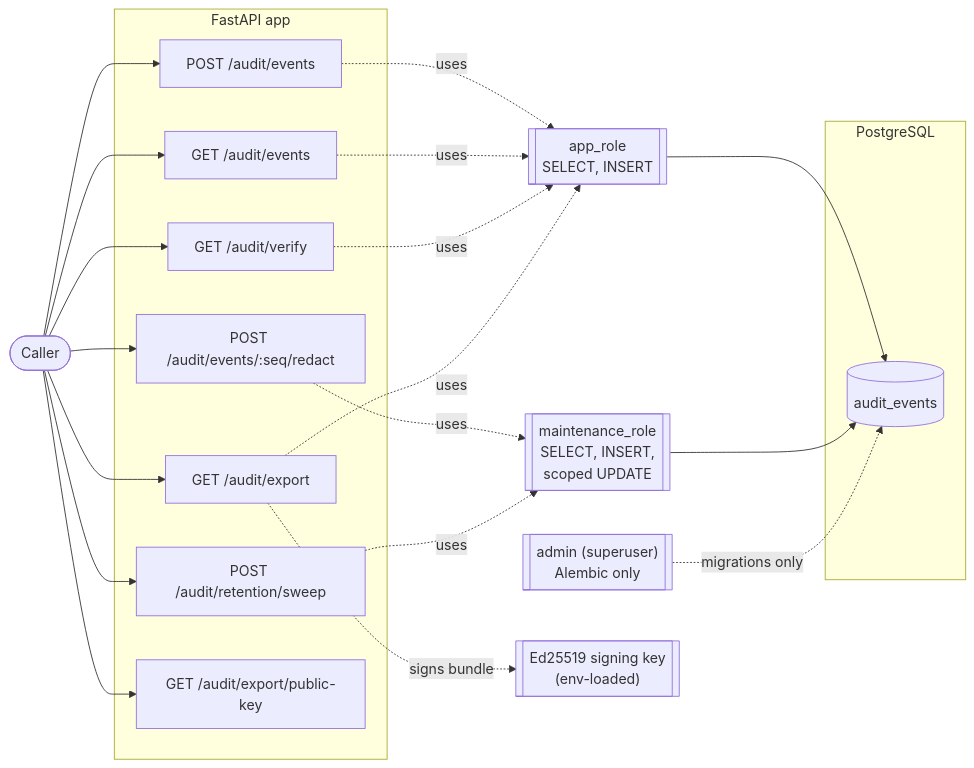
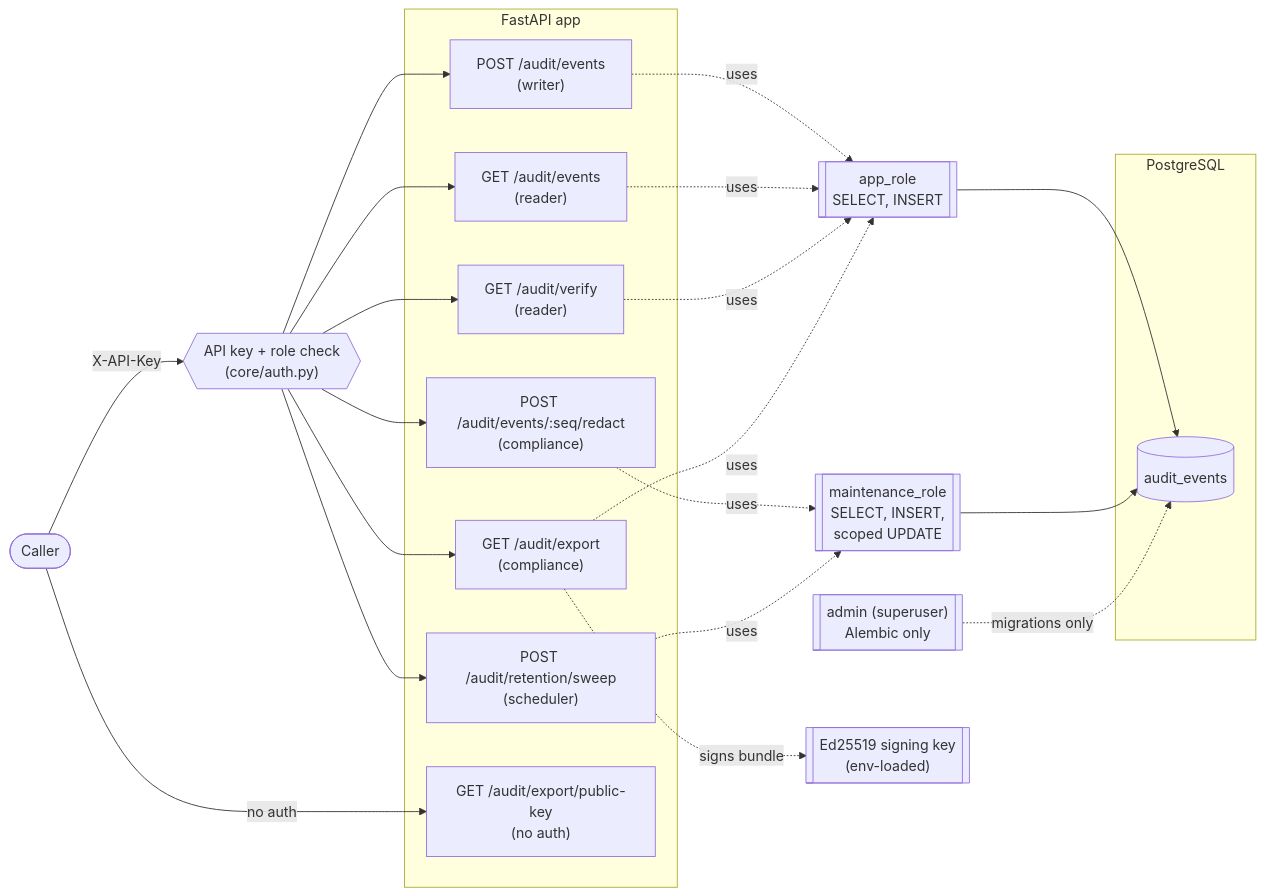
One commit to jekthewarrior/schwab-audit-log-service changed the diagram in docs/ARCHITECTURE.md. Above: the diagram before and after it, drawn with Mermaid. The commit also changed other lines of this file and 21 other files, not shown here.

````diff
--- a/docs/ARCHITECTURE.md
+++ b/docs/ARCHITECTURE.md
@@ -19,33 +19,37 @@
 ```mermaid
 flowchart LR
     Client([Caller])
 
+    AuthGate{{"API key + role check\n(core/auth.py)"}}
+    Client -- X-API-Key --> AuthGate
+
     subgraph App[FastAPI app]
-        Write["POST /audit/events"]
-        Query["GET /audit/events"]
-        Verify["GET /audit/verify"]
-        Redact["POST /audit/events/:seq/redact"]
-        Sweep["POST /audit/retention/sweep"]
-        Export["GET /audit/export"]
-        PubKey["GET /audit/export/public-key"]
+        Write["POST /audit/events\n(writer)"]
+        Query["GET /audit/events\n(reader)"]
+        Verify["GET /audit/verify\n(reader)"]
+        Redact["POST /audit/events/:seq/redact\n(compliance)"]
+        Sweep["POST /audit/retention/sweep\n(scheduler)"]
+        Export["GET /audit/export\n(compliance)"]
+        PubKey["GET /audit/export/public-key\n(no auth)"]
     end
 
-    Client --> Write & Query & Verify & Redact & Sweep & Export & PubKey
+    AuthGate --> Write & Query & Verify & Redact & Sweep & Export
+    Client -- no auth --> PubKey
 
     subgraph DB[PostgreSQL]
         Table[(audit_events)]
     end
 
     AppRole[["app_role\nSELECT, INSERT"]]
     MaintRole[["maintenance_role\nSELECT, INSERT,\nscoped UPDATE"]]
     AdminRole[["admin (superuser)\nAlembic only"]]
 
     Write & Query & Verify & Export -. uses .-> AppRole
     Redact & Sweep -. uses .-> MaintRole
     AppRole --> Table
     MaintRole --> Table
     AdminRole -. migrations only .-> Table
 
     SigningKey[["Ed25519 signing key\n(env-loaded)"]]
     Export -. signs bundle .-> SigningKey
 ```
````
